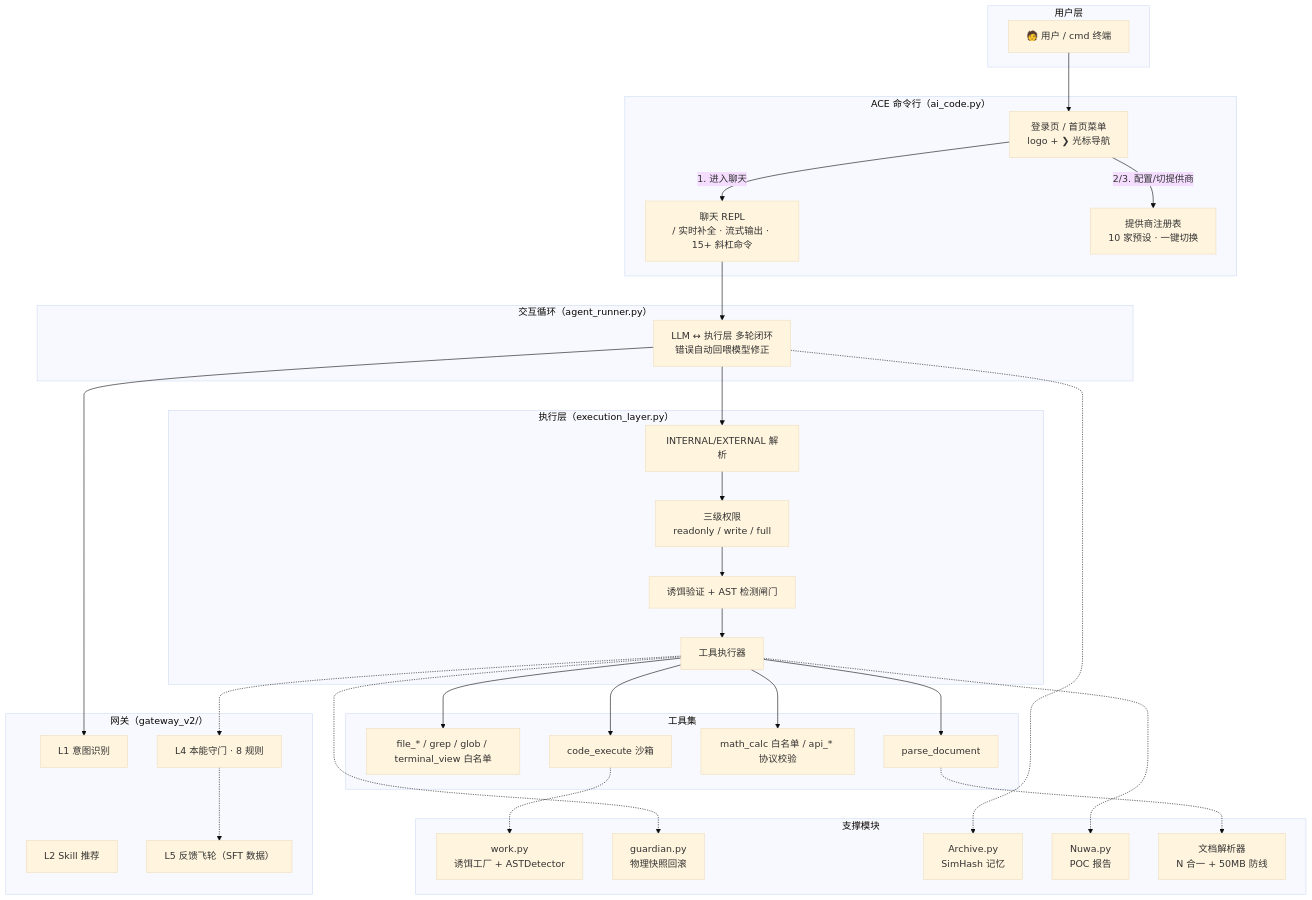
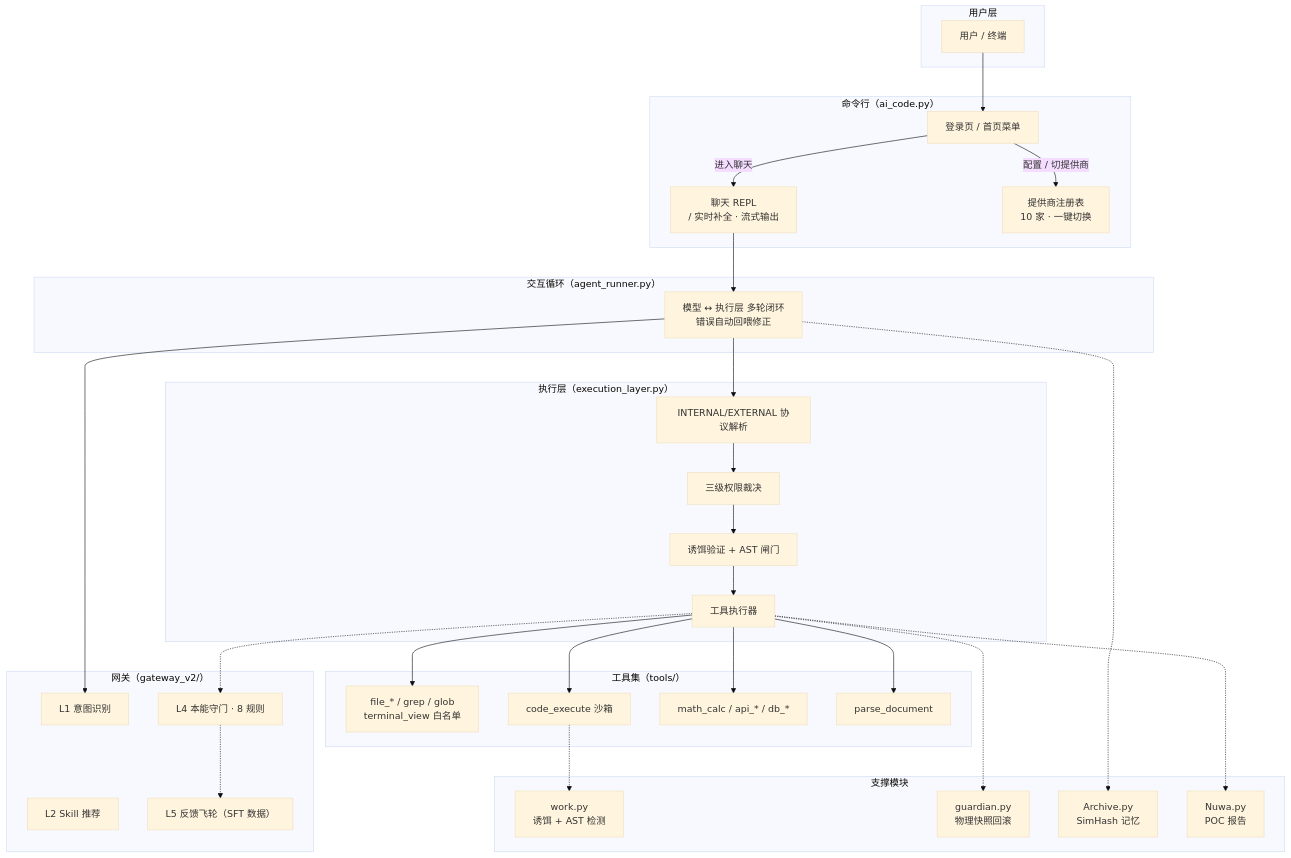
Before and after one commit to jincheng3870682453-hash/ace-agent: the diagram in README.md, drawn with Mermaid (base theme). The commit also changed other lines of this file and 2 other files, not shown here.

````diff
--- a/README.md
+++ b/README.md
@@ -36,58 +99,55 @@
 ```mermaid
 flowchart TB
     subgraph 用户层["用户层"]
-        U["🧑 用户 / cmd 终端"]
+        U["用户 / 终端"]
     end
-    subgraph ACE["ACE 命令行（ai_code.py）"]
-        L["登录页 / 首页菜单<br/>logo + ❯ 光标导航"]
-        R["聊天 REPL<br/>/ 实时补全 · 流式输出 · 15+ 斜杠命令"]
-        P["提供商注册表<br/>10 家预设 · 一键切换"]
+    subgraph ACE["命令行（ai_code.py）"]
+        L["登录页 / 首页菜单"]
+        R["聊天 REPL<br/>/ 实时补全 · 流式输出"]
+        P["提供商注册表<br/>10 家 · 一键切换"]
     end
     subgraph LOOP["交互循环（agent_runner.py）"]
-        C["LLM ↔ 执行层 多轮闭环<br/>错误自动回喂模型修正"]
+        C["模型 ↔ 执行层 多轮闭环<br/>错误自动回喂修正"]
     end
     subgraph GW["网关（gateway_v2/）"]
         L1["L1 意图识别"]
         L2["L2 Skill 推荐"]
         L4["L4 本能守门 · 8 规则"]
         L5["L5 反馈飞轮（SFT 数据）"]
     end
     subgraph EL["执行层（execution_layer.py）"]
-        PARSE["INTERNAL/EXTERNAL 解析"]
-        PERM["三级权限<br/>readonly / write / full"]
-        GATE["诱饵验证 + AST 检测闸门"]
+        PARSE["INTERNAL/EXTERNAL 协议解析"]
+        PERM["三级权限裁决"]
+        GATE["诱饵验证 + AST 闸门"]
         EXEC["工具执行器"]
     end
-    subgraph TOOLS["工具集"]
-        T1["file_* / grep / glob / terminal_view 白名单"]
-
+    subgraph TOOLS["工具集（tools/）"]
+        T1["file_* / grep / glob<br/>terminal_view 白名单"]
         T2["code_execute 沙箱"]
-        T3["math_calc 白名单 / api_* 协议校验"]
+        T3["math_calc / api_* / db_*"]
         T4["parse_document"]
     end
     subgraph SUPPORT["支撑模块"]
-        W["work.py<br/>诱饵工厂 + ASTDetector"]
+        W["work.py<br/>诱饵 + AST 检测"]
         G["guardian.py<br/>物理快照回滚"]
         A["Archive.py<br/>SimHash 记忆"]
         N["Nuwa.py<br/>POC 报告"]
-        D["文档解析器<br/>N 合一 + 50MB 防线"]
     end
 
     U --> L
-    L -->|"1. 进入聊天"| R
-    L -->|"2/3. 配置/切提供商"| P
+    L -->|进入聊天| R
+    L -->|配置 / 切提供商| P
     R --> C
     C --> L1
     C --> PARSE
     PARSE --> PERM
     PERM --> GATE
     GATE --> EXEC
     EXEC --> T1 & T2 & T3 & T4
     T2 -.-> W
     EXEC -.-> L4
     L4 -.-> L5
     EXEC -.-> G
     C -.-> A
     EXEC -.-> N
-    T4 -.-> D
 ```
````
